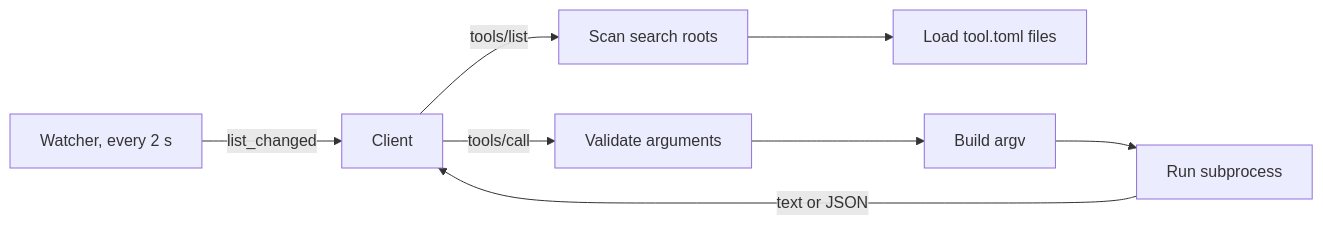
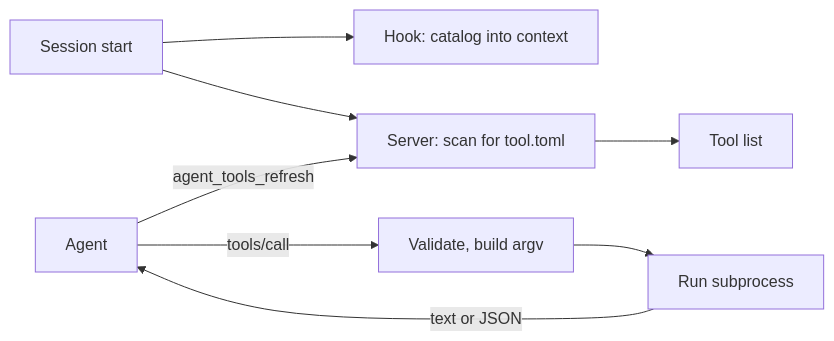
Before and after one commit to MgCohen/claude-plugins: the diagram in plugins/agent-tools/README.md, drawn with Mermaid. The commit also changed other lines of this file and 6 other files, not shown here.

First line of the commit message:
agent-tools: scan the whole project at start; refresh on demand

````diff
--- a/plugins/agent-tools/README.md
+++ b/plugins/agent-tools/README.md
@@ -5,10 +5,10 @@
 ```mermaid
 flowchart LR
-    A[Client] -->|tools/list| B[Scan search roots]
-    B --> C[Load tool.toml files]
-    A -->|tools/call| D[Validate arguments]
-    D --> E[Build argv]
-    E --> F[Run subprocess]
+    S[Session start] --> H[Hook: catalog into context]
+    S --> B[Server: scan for tool.toml]
+    B --> C[Tool list]
+    A[Agent] -->|tools/call| D[Validate, build argv]
+    D --> F[Run subprocess]
     F -->|text or JSON| A
-    W[Watcher, every 2 s] -->|list_changed| A
+    A -->|agent_tools_refresh| B
 ```
````
